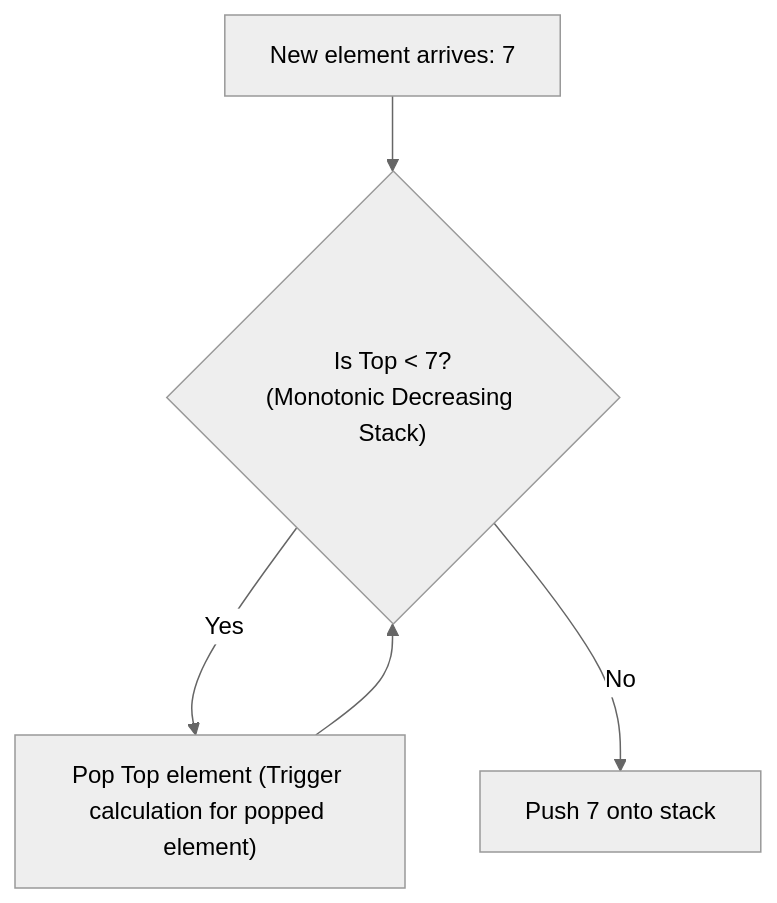
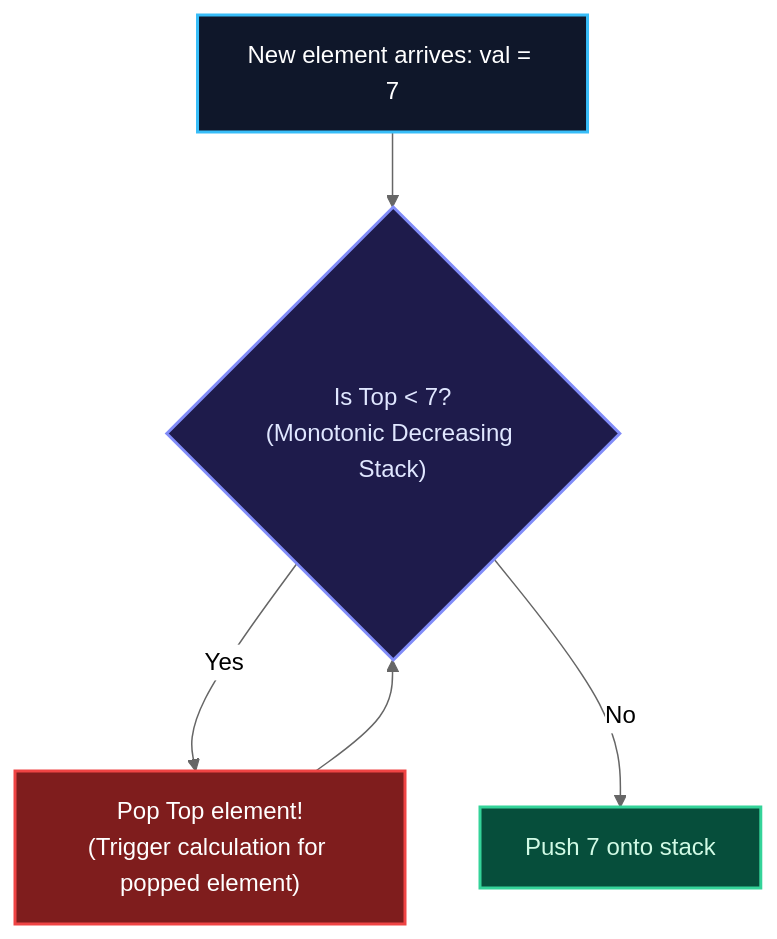
Before and after one commit to 1345AbhishekKumar/cs-cookbook: the eighth of 15 diagrams in content/docs/dsa/01-foundations-and-linear-structures/05-stacks-and-queues.mdx, drawn with Mermaid (neutral theme). The commit also changed other lines of this file and 211 other files, not shown here.

````diff
--- a/content/docs/dsa/01-foundations-and-linear-structures/05-stacks-and-queues.mdx
+++ b/content/docs/dsa/01-foundations-and-linear-structures/05-stacks-and-queues.mdx
@@ -86,7 +463,12 @@
 ```mermaid
 flowchart TD
-    In["New element arrives: 7"] --> Check{"Is Top < 7?<br/>(Monotonic Decreasing Stack)"}
-    Check -- Yes --> Pop["Pop Top element (Trigger calculation for popped element)"]
+    In["New element arrives: val = 7"] --> Check{"Is Top < 7?<br/>(Monotonic Decreasing Stack)"}
+    Check -- Yes --> Pop["Pop Top element!<br/>(Trigger calculation for popped element)"]
     Pop --> Check
     Check -- No --> Push["Push 7 onto stack"]
+
+    style In fill:#0f172a,stroke:#38bdf8,stroke-width:2px,color:#fff
+    style Check fill:#1e1b4b,stroke:#818cf8,stroke-width:2px,color:#e0e7ff
+    style Pop fill:#7f1d1d,stroke:#ef4444,stroke-width:2px,color:#fff
+    style Push fill:#064e3b,stroke:#34d399,stroke-width:2px,color:#d1fae5
 ```
````
